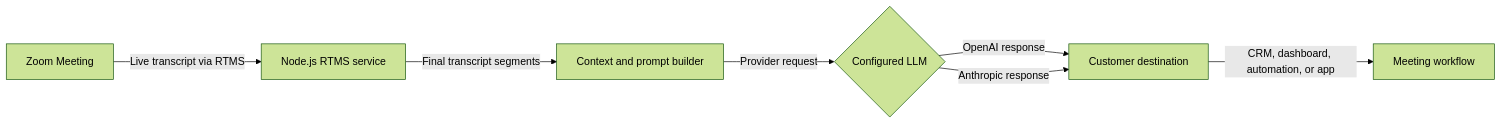
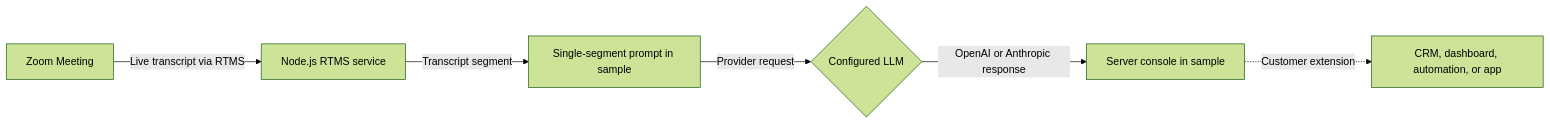
The diagram in blueprints/send-transcripts-to-llms/architecture.mmd (zoom/blueprints), drawn with Mermaid (forest theme) before and after one commit. The commit also changed 1 other file, not shown here.

Commit message:
Improve live transcript LLM blueprint

```diff
--- a/blueprints/send-transcripts-to-llms/architecture.mmd
+++ b/blueprints/send-transcripts-to-llms/architecture.mmd
@@ -1,7 +1,6 @@
 flowchart LR
     A[Zoom Meeting] -->|Live transcript via RTMS| B[Node.js RTMS service]
-    B -->|Final transcript segments| C[Context and prompt builder]
+    B -->|Transcript segment| C[Single-segment prompt in sample]
     C -->|Provider request| D{Configured LLM}
-    D -->|OpenAI response| E[Customer destination]
-    D -->|Anthropic response| E
-    E -->|CRM, dashboard, automation, or app| F[Meeting workflow]
+    D -->|OpenAI or Anthropic response| E[Server console in sample]
+    E -.->|Customer extension| F[CRM, dashboard, automation, or app]
```
